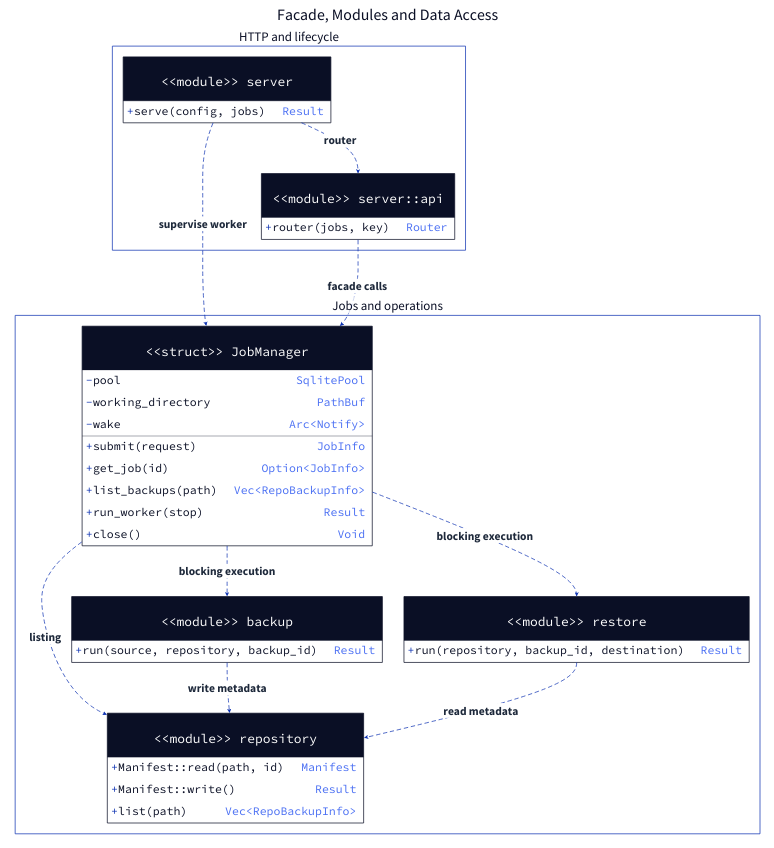
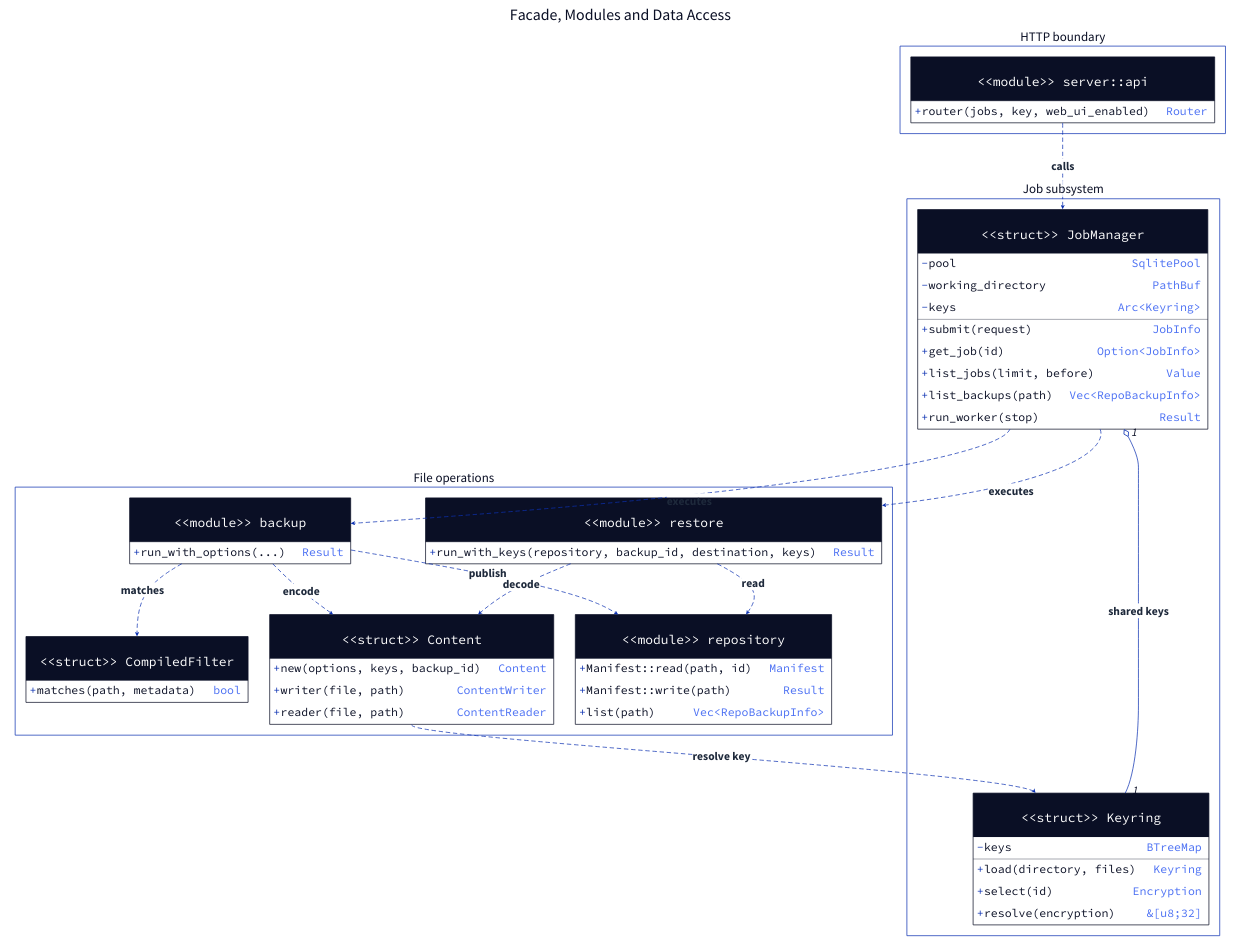
Before and after one commit to qi7876/software-development-exp: the diagram in docs/report/generated/system-class-services.d2, drawn with D2. The commit also changed 26 other files, not shown here.

First line of the commit message:
docs: align course report with current architecture (#21)

```diff
--- a/docs/report/generated/system-class-services.d2
+++ b/docs/report/generated/system-class-services.d2
@@ -1,84 +1,111 @@
 # Generated from docs/report/model.yaml; do not edit directly.
 direction: down
 **.style.font-size: 32
 (** -> **)[*].style: {font-size: 32; bold: true; italic: false; font-color: "#1E293B"}
 (** -- **)[*].style: {font-size: 32; bold: true; italic: false; font-color: "#1E293B"}
 (** <- **)[*].style: {font-size: 32; bold: true; italic: false; font-color: "#1E293B"}
 diagram: "Facade, Modules and Data Access" {
   style.font-size: 44
   style.fill: white
   style.stroke: transparent
-  package_0: "HTTP and lifecycle" {
+  package_0: "HTTP boundary" {
     style.font-size: 36
     style.fill: white
-    Server: "<<module>>\nserver" {
-      shape: class
-      "+ serve(config, jobs)": "Result"
-    }
     API: "<<module>>\nserver::api" {
       shape: class
-      "+ router(jobs, key)": "Router"
+      "+ router(jobs, key, web_ui_enabled)": "Router"
     }
   }
-  package_1: "Jobs and operations" {
+  package_1: "Job subsystem" {
     style.font-size: 36
     style.fill: white
     Manager: "<<struct>>\nJobManager" {
       shape: class
       "- pool": "SqlitePool"
       "- working_directory": "PathBuf"
-      "- wake": "Arc<Notify>"
+      "- keys": "Arc<Keyring>"
       "+ submit(request)": "JobInfo"
       "+ get_job(id)": "Option<JobInfo>"
+      "+ list_jobs(limit, before)": "Value"
       "+ list_backups(path)": "Vec<RepoBackupInfo>"
       "+ run_worker(stop)": "Result"
-      "+ close()": "Void"
+    }
+    Keys: "<<struct>>\nKeyring" {
+      shape: class
+      "- keys": "BTreeMap"
+      "+ load(directory, files)": "Keyring"
+      "+ select(id)": "Encryption"
+      "+ resolve(encryption)": "&[u8;32]"
+    }
+  }
+  package_2: "File operations" {
+    style.font-size: 36
+    style.fill: white
+    Filter: "<<struct>>\nCompiledFilter" {
+      shape: class
+      "+ matches(path, metadata)": "bool"
+    }
+    Content: "<<struct>>\nContent" {
+      shape: class
+      "+ new(options, keys, backup_id)": "Content"
+      "+ writer(file, path)": "ContentWriter"
+      "+ reader(file, path)": "ContentReader"
     }
     Backup: "<<module>>\nbackup" {
       shape: class
-      "+ run(source, repository, backup_id)": "Result"
+      "+ run_with_options(...)": "Result"
     }
     Restore: "<<module>>\nrestore" {
       shape: class
-      "+ run(repository, backup_id, destination)": "Result"
+      "+ run_with_keys(repository, backup_id, destination, keys)": "Result"
     }
     Repo: "<<module>>\nrepository" {
       shape: class
       "+ Manifest::read(path, id)": "Manifest"
-      "+ Manifest::write()": "Result"
+      "+ Manifest::write(path)": "Result"
       "+ list(path)": "Vec<RepoBackupInfo>"
     }
   }
-  package_0.Server -> package_0.API: "router" {
+  package_0.API -> package_1.Manager: "calls" {
     target-arrowhead.shape: arrow
     style.stroke-dash: 5
   }
-  package_0.Server -> package_1.Manager: "supervise worker" {
+  package_1.Manager <- package_1.Keys: "shared keys" {
+    source-arrowhead.label: "1"
+    target-arrowhead.label: "1"
+    source-arrowhead.shape: diamond
+    source-arrowhead.style.filled: false
+  }
+  package_1.Manager -> package_2.Backup: "executes" {
     target-arrowhead.shape: arrow
     style.stroke-dash: 5
   }
-  package_0.API -> package_1.Manager: "facade calls" {
+  package_1.Manager -> package_2.Restore: "executes" {
     target-arrowhead.shape: arrow
     style.stroke-dash: 5
   }
-  package_1.Manager -> package_1.Backup: "blocking execution" {
+  package_2.Backup -> package_2.Filter: "matches" {
     target-arrowhead.shape: arrow
     style.stroke-dash: 5
   }
-  package_1.Manager -> package_1.Restore: "blocking execution" {
+  package_2.Backup -> package_2.Content: "encode" {
     target-arrowhead.shape: arrow
     style.stroke-dash: 5
   }
-  package_1.Manager -> package_1.Repo: "listing" {
+  package_2.Restore -> package_2.Content: "decode" {
     target-arrowhead.shape: arrow
     style.stroke-dash: 5
   }
-  package_1.Backup -> package_1.Repo: "write metadata" {
+  package_2.Content -> package_1.Keys: "resolve key" {
     target-arrowhead.shape: arrow
     style.stroke-dash: 5
   }
-  package_1.Restore -> package_1.Repo: "read metadata" {
+  package_2.Backup -> package_2.Repo: "publish" {
+    target-arrowhead.shape: arrow
+    style.stroke-dash: 5
+  }
+  package_2.Restore -> package_2.Repo: "read" {
     target-arrowhead.shape: arrow
     style.stroke-dash: 5
   }
 }
```
